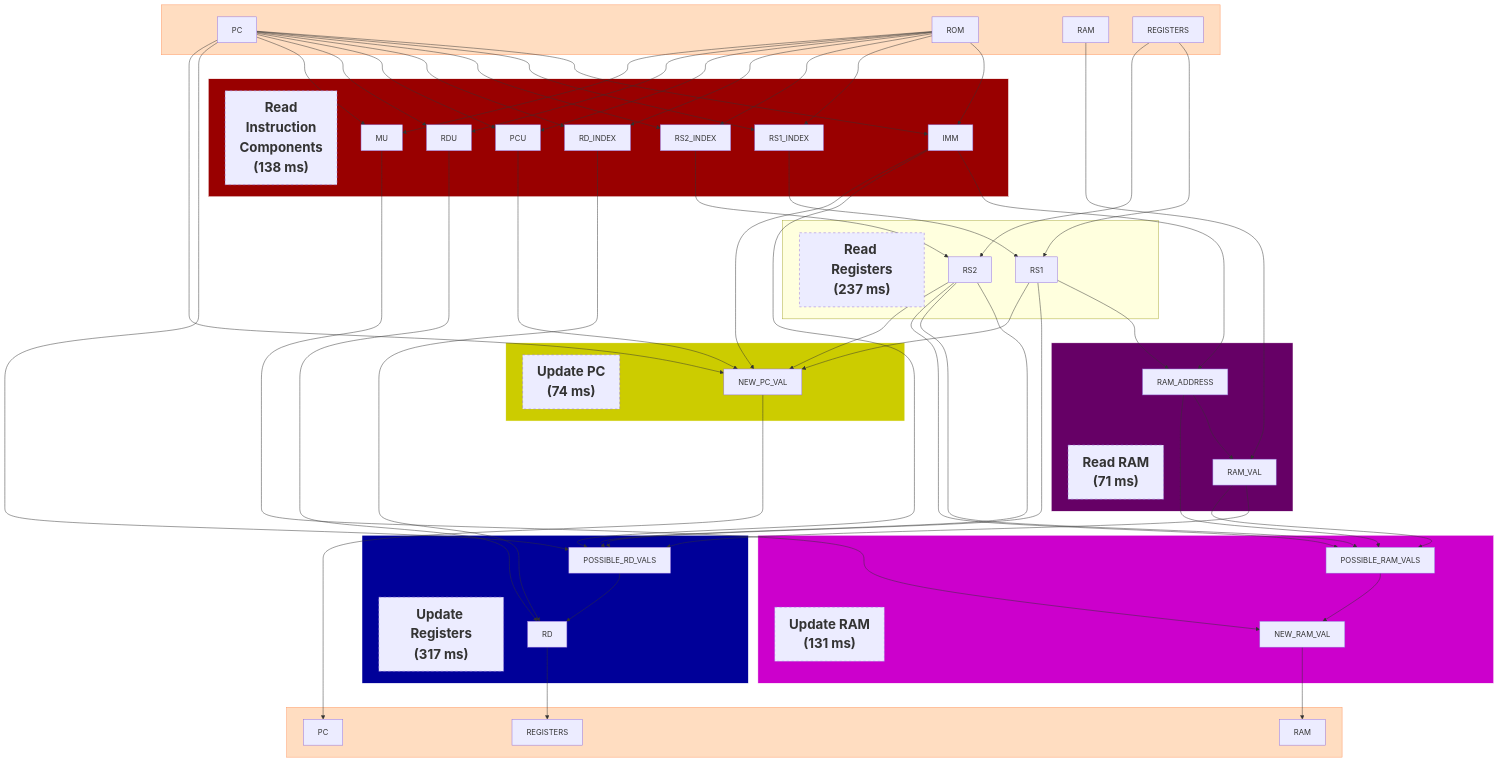
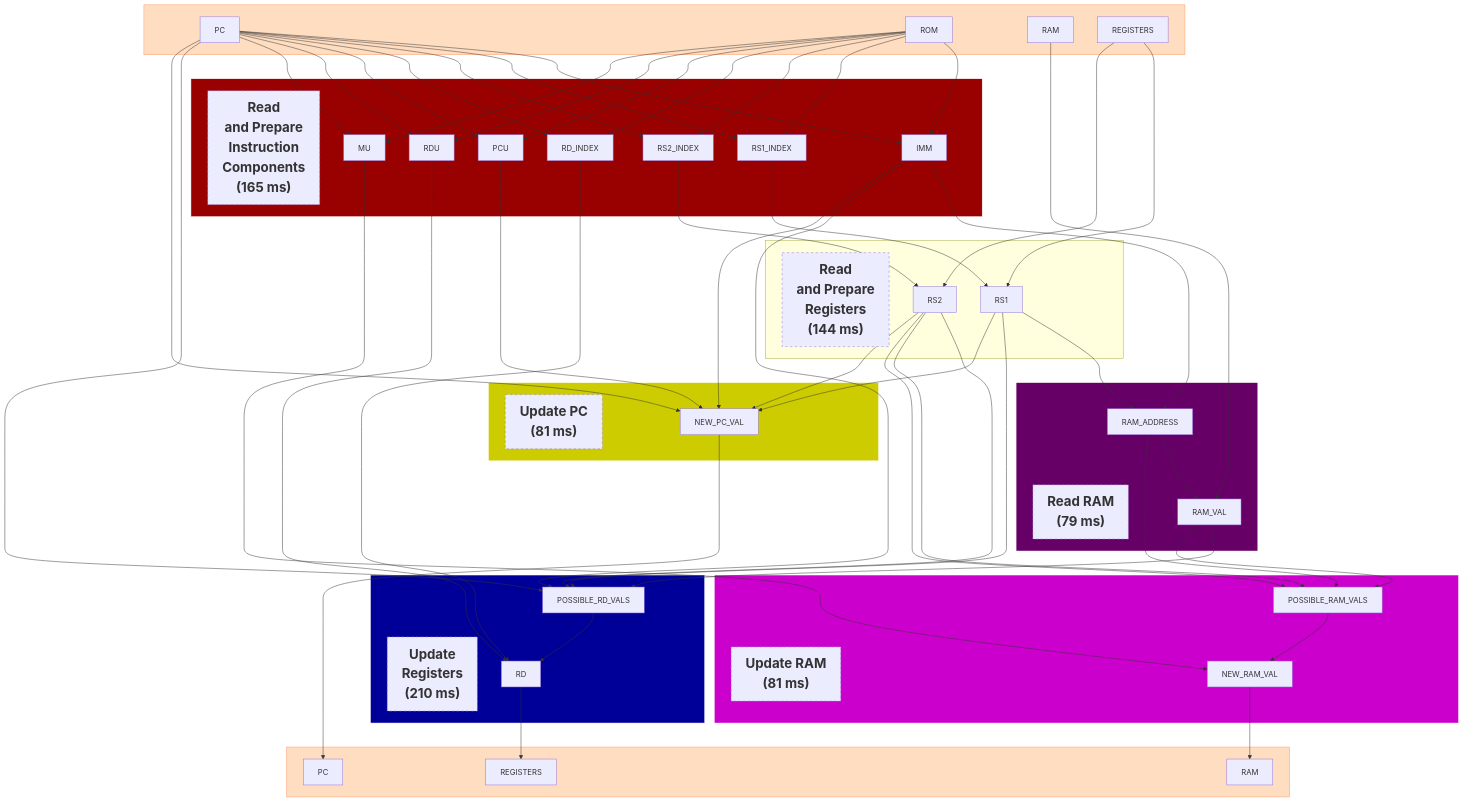
The diagram in doc/costs.md (phantomzone-org/phantom), drawn with Mermaid before and after one commit. The commit also changed other lines of this file and 13 other files, not shown here.

```diff
--- a/doc/costs.md
+++ b/doc/costs.md
@@ -47,7 +51,7 @@
 
     subgraph read_inst [" "]
         style read_inst fill:#990000,stroke:#FFFFFF
-        READ_INST_LABEL["Read<br>Instruction<br>Components<br>(138 ms)"]
+        READ_INST_LABEL["Read<br>and Prepare<br>Instruction<br>Components<br>(165 ms)"]
         IMM["IMM"]
         RS1_INDEX["RS1_INDEX"]
         RS2_INDEX["RS2_INDEX"]
@@ -56,37 +60,37 @@
         RDU["RDU"]
         MU["MU"]
     end
+
+    subgraph read_reg [" "]
+        READ_REG_LABEL["Read<br>and Prepare<br>Registers<br>(144 ms)"]
+        RS1["RS1"]
+        RS2["RS2"]
+    end    
     
     subgraph read_ram [" "]
         style read_ram fill:#660066,stroke:#FFFFFF
-        READ_RAM_LABEL["Read RAM<br>(71 ms)"]
+        READ_RAM_LABEL["Read RAM<br>(79 ms)"]
         RAM_ADDRESS["RAM_ADDRESS"]
         RAM_VAL["RAM_VAL"]
     end
 
-    subgraph read_reg [" "]
-        READ_REG_LABEL["Read Registers<br>(237 ms)"]
-        RS1["RS1"]
-        RS2["RS2"]
-    end
-
     subgraph update_reg [" "]
         style update_reg fill:#000099,stroke:#FFFFFF
-        UPDATE_REG_LABEL["Update Registers<br>(317 ms)"]
+        UPDATE_REG_LABEL["Update<br>Registers<br>(210 ms)"]
         POSSIBLE_RD_VALS["POSSIBLE_RD_VALS"]
         RD["RD"]
     end
 
     subgraph update_ram [" "]
         style update_ram fill:#CC00CC,stroke:#FFFFFF
-        UPDATE_RAM_LABEL["Update RAM<br>(131 ms)"]
+        UPDATE_RAM_LABEL["Update RAM<br>(81 ms)"]
         POSSIBLE_RAM_VALS["POSSIBLE_RAM_VALS"]
         NEW_RAM_VAL["NEW_RAM_VAL"]
     end
 
     subgraph update_pc [" "]
         style update_pc fill:#CCCC00,stroke:#FFFFFF
-        UPDATE_PC_LABEL["Update PC<br>(74 ms)"]
+        UPDATE_PC_LABEL["Update PC<br>(81 ms)"]
         NEW_PC_VAL["NEW_PC_VAL"]
     end
 
```
